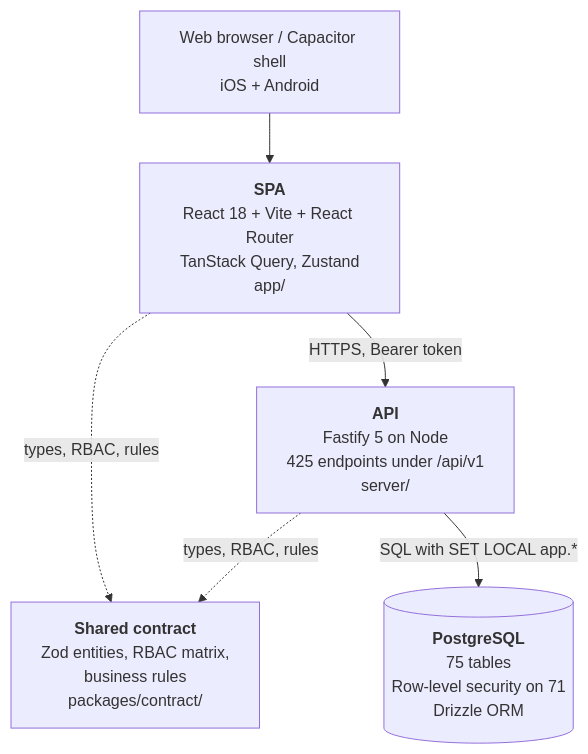
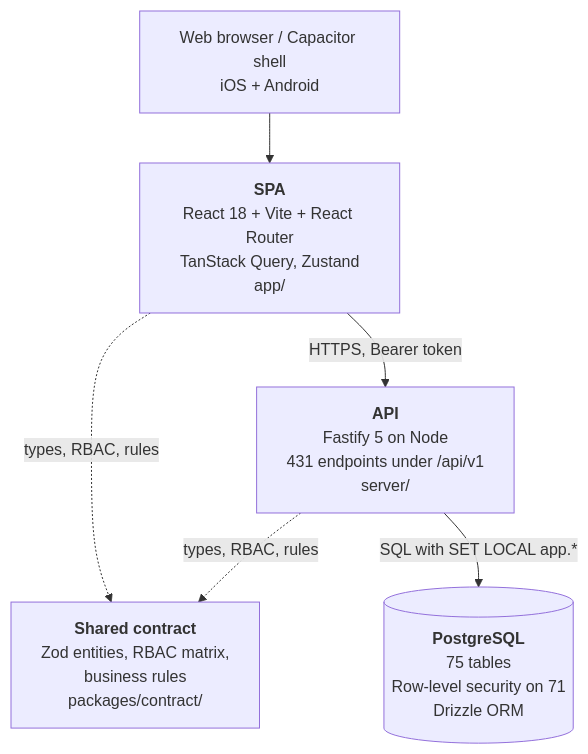
Before and after one commit to tazamohd/SlClNe: the second of 4 diagrams in docs/15_C4_ARCHITECTURE_DIAGRAMS/C4_MODEL.md, drawn with Mermaid. The commit also changed other lines of this file and 64 other files, not shown here.

````diff
--- a/docs/15_C4_ARCHITECTURE_DIAGRAMS/C4_MODEL.md
+++ b/docs/15_C4_ARCHITECTURE_DIAGRAMS/C4_MODEL.md
@@ -42,13 +42,13 @@
 ```mermaid
 flowchart TB
   browser["Web browser / Capacitor shell<br/>iOS + Android"]
   spa["<b>SPA</b><br/>React 18 + Vite + React Router<br/>TanStack Query, Zustand<br/>app/"]
-  api["<b>API</b><br/>Fastify 5 on Node<br/>425 endpoints under /api/v1<br/>server/"]
+  api["<b>API</b><br/>Fastify 5 on Node<br/>431 endpoints under /api/v1<br/>server/"]
   contract["<b>Shared contract</b><br/>Zod entities, RBAC matrix,<br/>business rules<br/>packages/contract/"]
   db[("<b>PostgreSQL</b><br/>75 tables<br/>Row-level security on 71<br/>Drizzle ORM")]
   browser --> spa
   spa -->|"HTTPS, Bearer token"| api
   spa -.->|"types, RBAC, rules"| contract
   api -.->|"types, RBAC, rules"| contract
   api -->|"SQL with SET LOCAL app.*"| db
 ```
````
